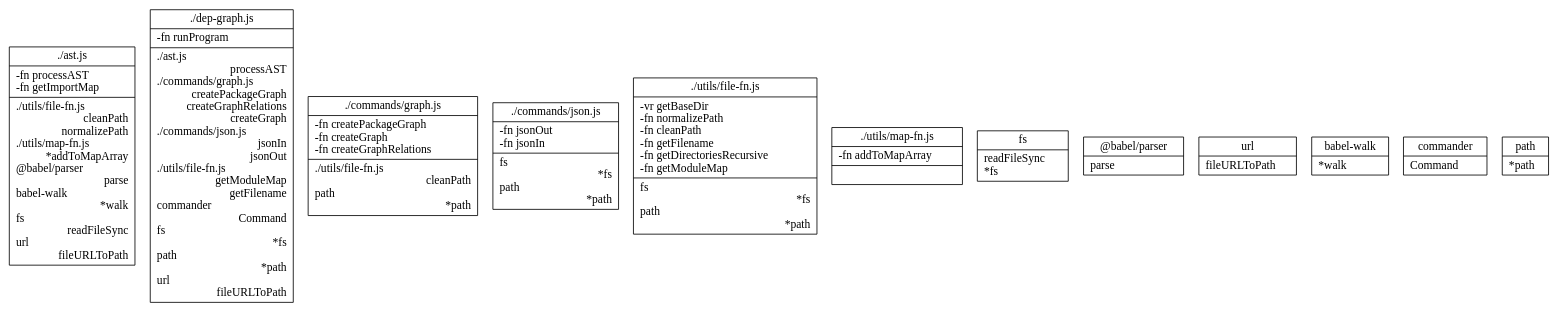
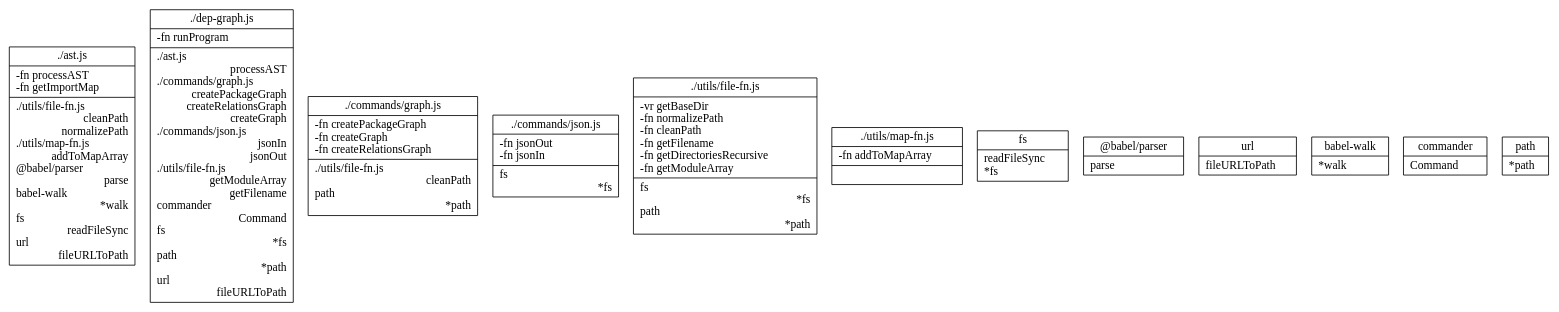
Before and after one commit to fleebe/dep-graph: the diagram in __tests__/out-eg/srcDependencies.dot, drawn with Graphviz. The commit also changed 17 other files, not shown here.

Commit message:
Removed tests and changed to create ModuleArray.

```diff
--- a/__tests__/out-eg/srcDependencies.dot
+++ b/__tests__/out-eg/srcDependencies.dot
@@ -1,86 +1,85 @@
 digraph {
 node [shape=record];
 "./ast.js" [label="{ ./ast.js | 
 	 -fn processAST \l
 	 -fn getImportMap \l
 |		./utils/file-fn.js\l		cleanPath\r
 		normalizePath\r
-		./utils/map-fn.js\l		*addToMapArray\r
+		./utils/map-fn.js\l		addToMapArray\r
 		@babel/parser\l		parse\r
 		babel-walk\l		*walk\r
 		fs\l		readFileSync\r
 		url\l		fileURLToPath\r
 }"];
 
 "./dep-graph.js" [label="{ ./dep-graph.js | 
 	 -fn runProgram \l
 |		./ast.js\l		processAST\r
 		./commands/graph.js\l		createPackageGraph\r
-		createGraphRelations\r
+		createRelationsGraph\r
 		createGraph\r
 		./commands/json.js\l		jsonIn\r
 		jsonOut\r
-		./utils/file-fn.js\l		getModuleMap\r
+		./utils/file-fn.js\l		getModuleArray\r
 		getFilename\r
 		commander\l		Command\r
 		fs\l		*fs\r
 		path\l		*path\r
 		url\l		fileURLToPath\r
 }"];
 
 "./commands/graph.js" [label="{ ./commands/graph.js | 
 	 -fn createPackageGraph \l
 	 -fn createGraph \l
-	 -fn createGraphRelations \l
+	 -fn createRelationsGraph \l
 |		./utils/file-fn.js\l		cleanPath\r
 		path\l		*path\r
 }"];
 
 "./commands/json.js" [label="{ ./commands/json.js | 
 	 -fn jsonOut \l
 	 -fn jsonIn \l
 |		fs\l		*fs\r
-		path\l		*path\r
 }"];
 
 "./utils/file-fn.js" [label="{ ./utils/file-fn.js | 
 	 -vr getBaseDir \l
 	 -fn normalizePath \l
 	 -fn cleanPath \l
 	 -fn getFilename \l
 	 -fn getDirectoriesRecursive \l
-	 -fn getModuleMap \l
+	 -fn getModuleArray \l
 |		fs\l		*fs\r
 		path\l		*path\r
 }"];
 
 "./utils/map-fn.js" [label="{ ./utils/map-fn.js | 
 	 -fn addToMapArray \l
 |}"];
 
 "fs" [label="{fs|
 	readFileSync\l
 	*fs\l
 }"];
 
 "@babel/parser" [label="{@babel/parser|
 	parse\l
 }"];
 
 "url" [label="{url|
 	fileURLToPath\l
 }"];
 
 "babel-walk" [label="{babel-walk|
 	*walk\l
 }"];
 
 "commander" [label="{commander|
 	Command\l
 }"];
 
 "path" [label="{path|
 	*path\l
 }"];
 
 }
```
